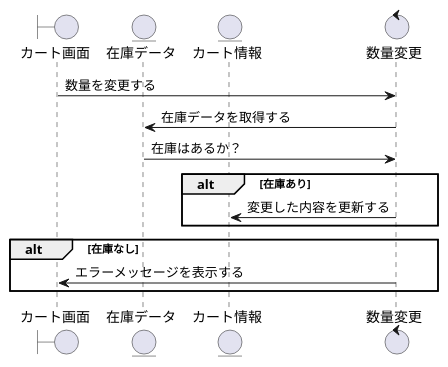
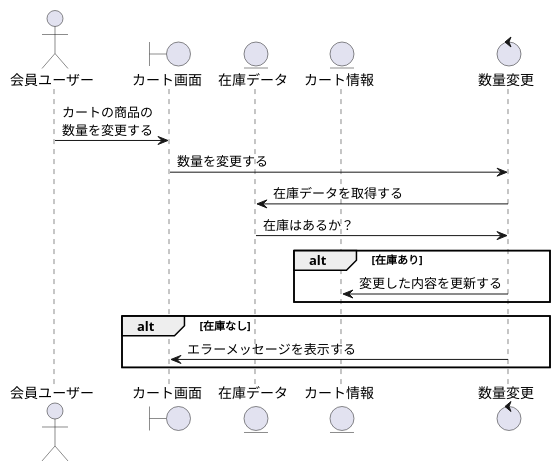
Before and after one commit to ysyk-wtnb16/team_D: the diagram in BBショップ/カート数量変更.wsd, drawn with PlantUML. The commit also changed 1 other file, not shown here.

```diff
--- a/BBショップ/カート数量変更.wsd
+++ b/BBショップ/カート数量変更.wsd
@@ -1,19 +1,21 @@
 @startuml shop
 
+actor 会員ユーザー as act
 boundary カート画面 as kart
 entity 在庫データ as stockData
 entity カート情報 as kartInfo
 control 数量変更 as new
 
+act -> kart:カートの商品の\n数量を変更する
 kart -> new: 数量を変更する
 new -> stockData: 在庫データを取得する
 stockData -> new: 在庫はあるか？
 
 alt 在庫あり
     new -> kartInfo: 変更した内容を更新する
 end
 
 alt 在庫なし
     new -> kart: エラーメッセージを表示する
 end
 @enduml
```
